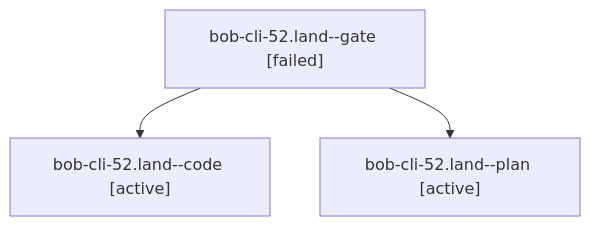
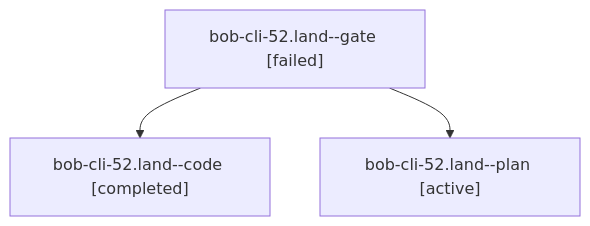
The diagram in sessions/bbugyi200.athena.bob-cli-52.land.md (bobs-org/bob-cli--agents), drawn with Mermaid before and after one commit. The commit also changed other lines of this file and 29 other files, not shown here.

````diff
--- a/sessions/bbugyi200.athena.bob-cli-52.land.md
+++ b/sessions/bbugyi200.athena.bob-cli-52.land.md
@@ -9,8 +9,8 @@
 ```mermaid
 flowchart TD
   n0["bob-cli-52.land--gate [failed]"]
-  n1["bob-cli-52.land--code [active]"]
+  n1["bob-cli-52.land--code [completed]"]
   n0 --> n1
   n2["bob-cli-52.land--plan [active]"]
   n0 --> n2
 ```
````
